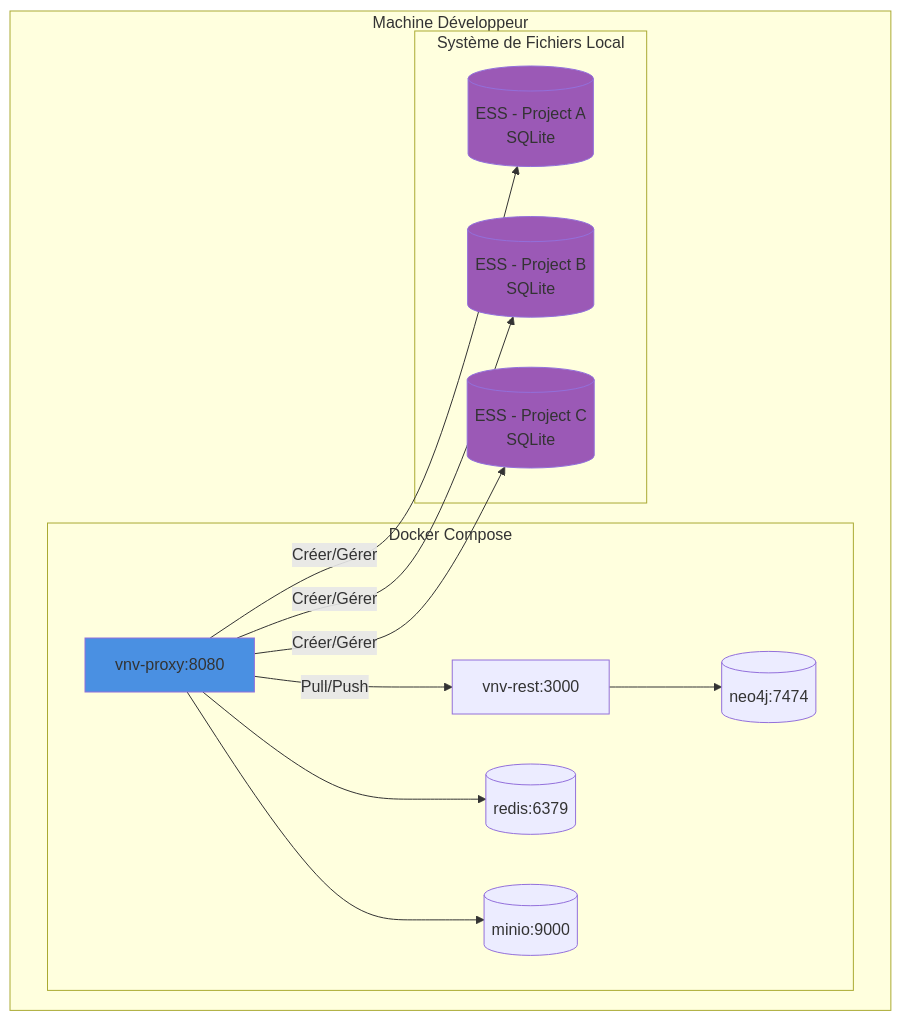
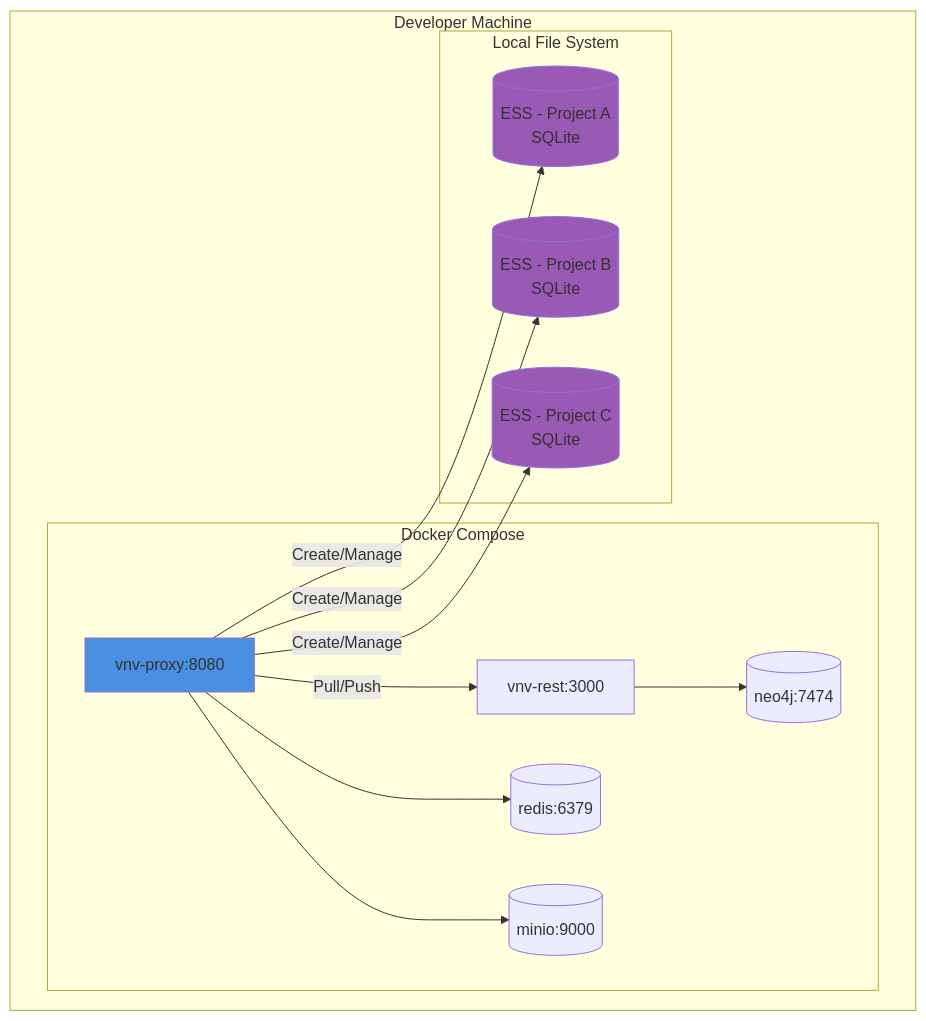
One commit to infrasoftbe/vnv-doc changed the second of 4 diagrams in vnv-doc-content/docs/Infrastructure.md. Above: the diagram before and after it, drawn with Mermaid. The commit also changed other lines of this file and 9 other files, not shown here.

````diff
--- a/vnv-doc-content/docs/Infrastructure.md
+++ b/vnv-doc-content/docs/Infrastructure.md
@@ -143,31 +147,31 @@
 ```mermaid
 graph TB
-    subgraph "Machine Développeur"
+    subgraph "Developer Machine"
         subgraph "Docker Compose"
             PROXY[vnv-proxy:8080]
             REST[vnv-rest:3000]
             NEO4J[(neo4j:7474)]
             REDIS[(redis:6379)]
             MINIO[(minio:9000)]
         end
         
-        subgraph "Système de Fichiers Local"
+        subgraph "Local File System"
             ESS1[(ESS - Project A<br/>SQLite)]
             ESS2[(ESS - Project B<br/>SQLite)]
             ESS3[(ESS - Project C<br/>SQLite)]
         end
     end
     
-    PROXY -->|Créer/Gérer| ESS1
-    PROXY -->|Créer/Gérer| ESS2
-    PROXY -->|Créer/Gérer| ESS3
+    PROXY -->|Create/Manage| ESS1
+    PROXY -->|Create/Manage| ESS2
+    PROXY -->|Create/Manage| ESS3
     PROXY -->|Pull/Push| REST
     PROXY --> REDIS
     PROXY --> MINIO
     REST --> NEO4J
     
     style ESS1 fill:#9b59b6
     style ESS2 fill:#9b59b6
     style ESS3 fill:#9b59b6
     style PROXY fill:#4a90e2
 ```
````
